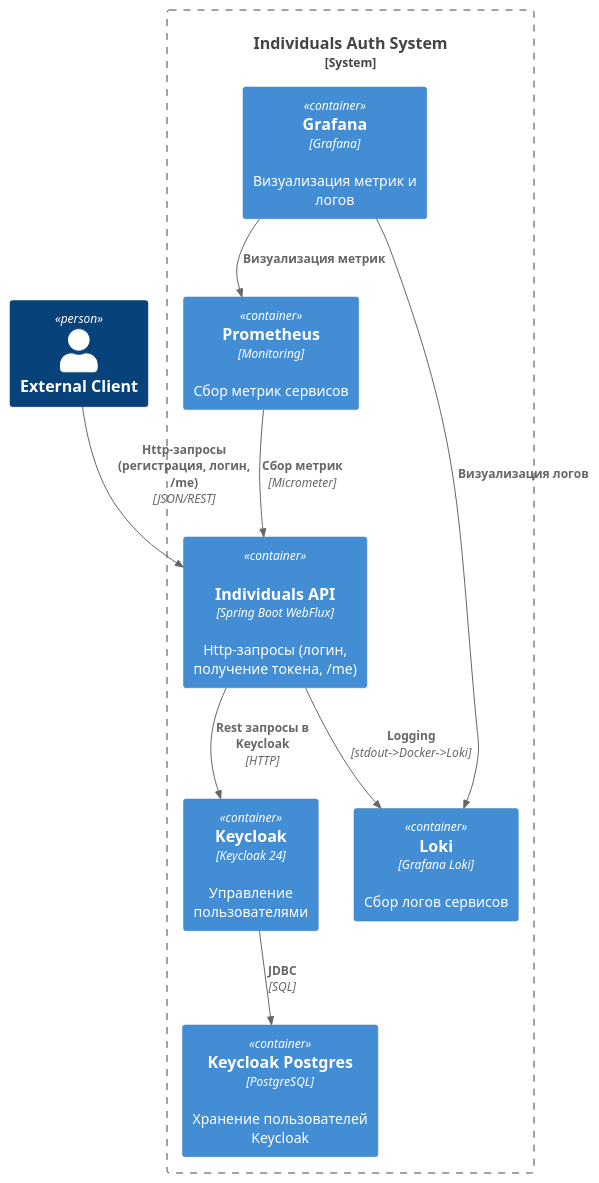
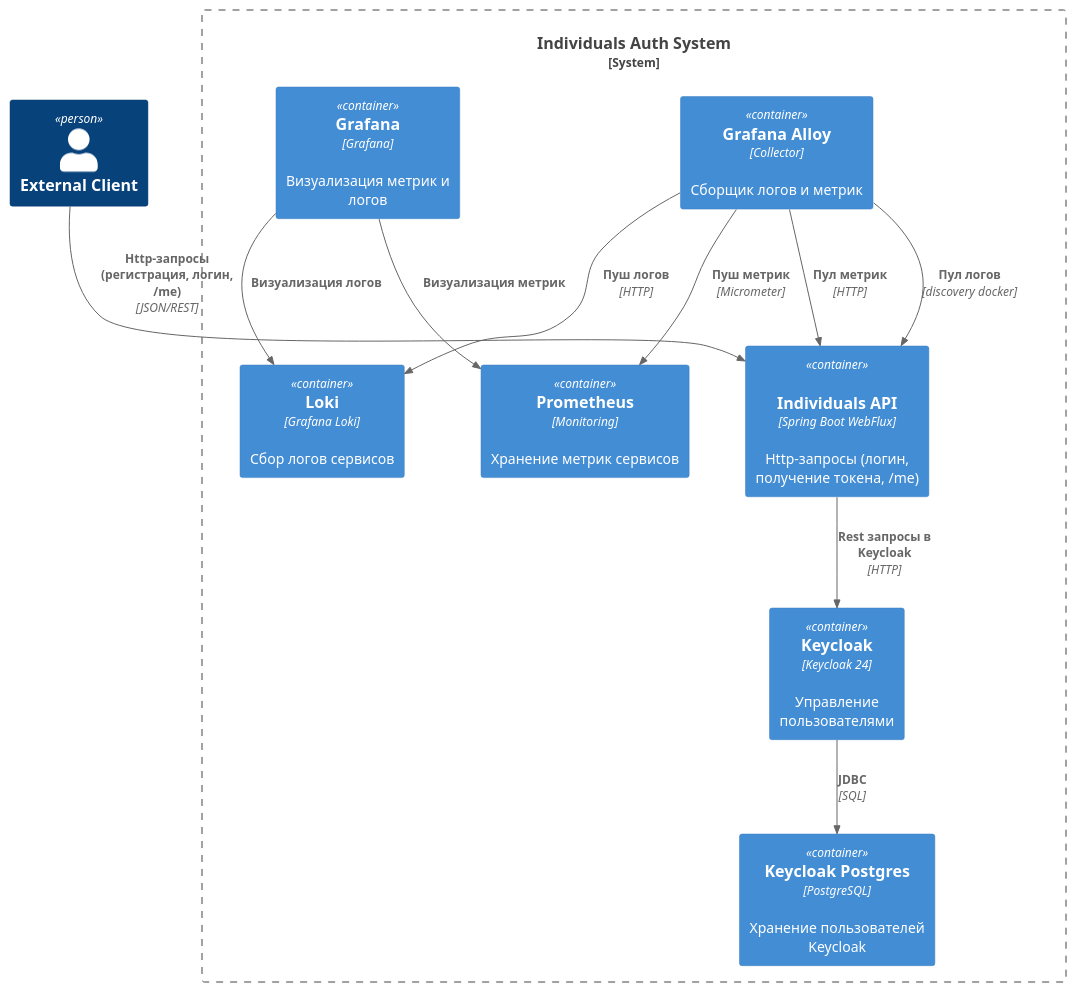
The diagram in individuals-api/docs/individuals-api-container.puml (diamam90/payment-system), drawn with PlantUML before and after one commit. The commit also changed 5 other files, not shown here.

Commit message:
добавлена grafana alloy

```diff
--- a/individuals-api/docs/individuals-api-container.puml
+++ b/individuals-api/docs/individuals-api-container.puml
@@ -1,23 +1,26 @@
 @startuml
 !includeurl https://raw.githubusercontent.com/plantuml-stdlib/C4-PlantUML/master/C4_Container.puml
 
 Person(dev, "External Client")
 
 System_Boundary(indSystem,"Individuals Auth System"){
     Container(indApi,"Individuals API","Spring Boot WebFlux","Http-запросы (логин, получение токена, /me)","JSON/REST")
     Container(keycloak, "Keycloak", "Keycloak 24","Управление пользователями")
     Container(keycloakPs, "Keycloak Postgres","PostgreSQL", "Хранение пользователей Keycloak")
-    Container(prometheus, "Prometheus","Monitoring","Сбор метрик сервисов")
+    Container(prometheus, "Prometheus","Monitoring","Хранение метрик сервисов")
+    Container(alloy, "Grafana Alloy", "Collector", "Сборщик логов и метрик")
     Container(loki, "Loki", "Grafana Loki","Сбор логов сервисов")
     Container(grafana,"Grafana","Grafana","Визуализация метрик и логов")
 }
 
 Rel(dev,indApi, "Http-запросы (регистрация, логин, /me)", "JSON/REST")
 Rel(indApi,keycloak, "Rest запросы в Keycloak","HTTP")
 Rel(keycloak, keycloakPs, "JDBC","SQL")
-Rel(indApi,loki,"Logging","stdout->Docker->Loki")
-Rel(prometheus,indApi, "Сбор метрик", "Micrometer")
+Rel(alloy,indApi,"Пул логов","discovery docker")
+Rel(alloy,indApi,"Пул метрик","HTTP")
+Rel(alloy,prometheus, "Пуш метрик", "Micrometer")
+Rel(alloy,loki, "Пуш логов", "HTTP")
 Rel(grafana,prometheus, "Визуализация метрик")
 Rel(grafana,loki, "Визуализация логов")
 
 @enduml
```
